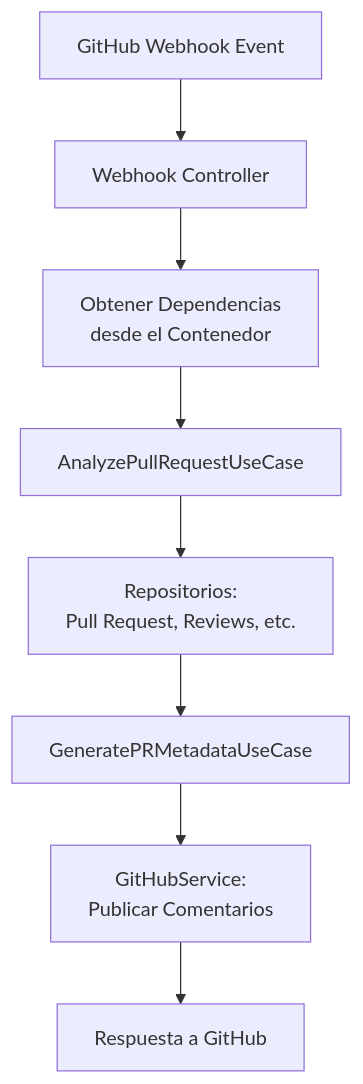
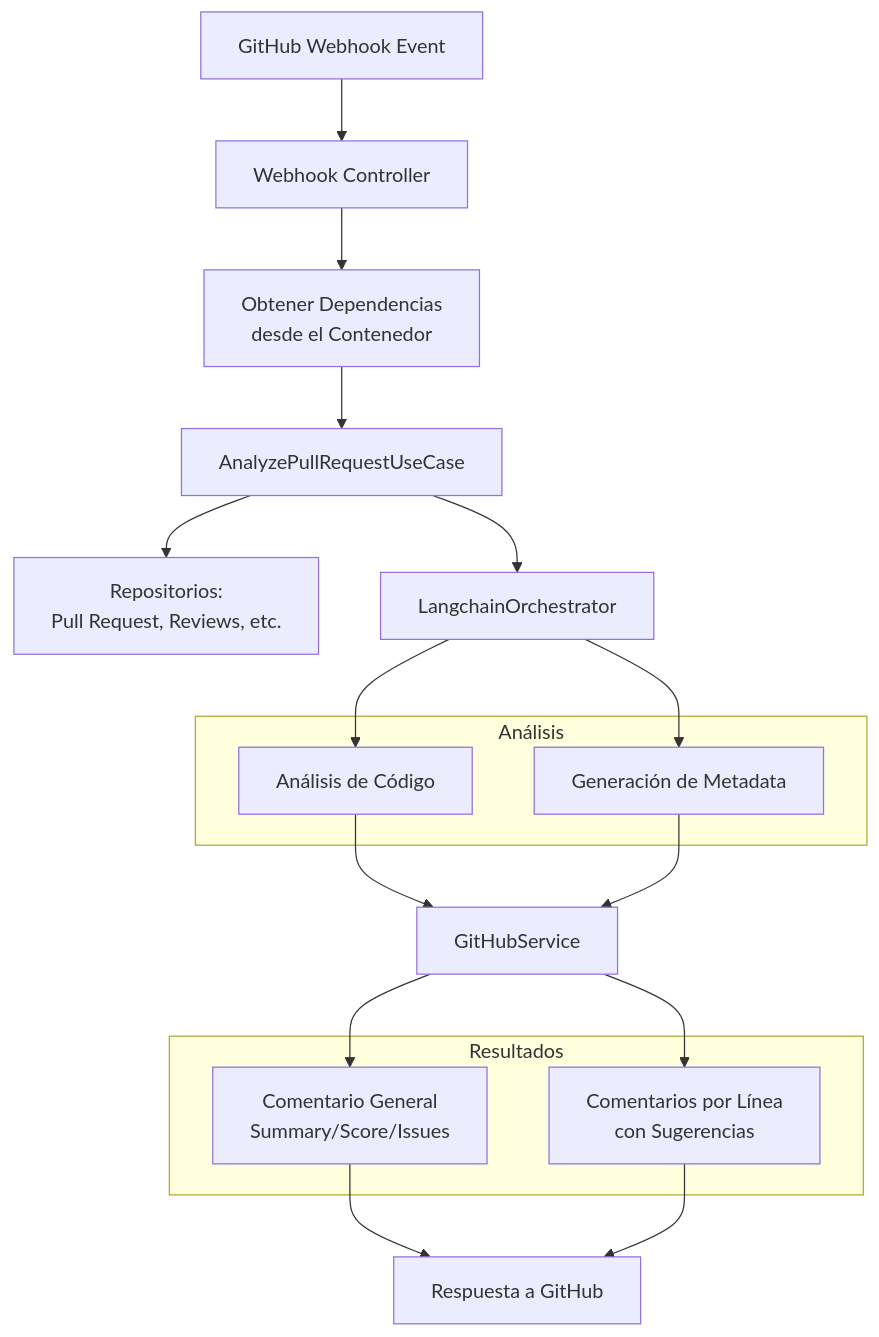
The diagram in diagrams/data_flow.mmd (dev-dvenegas/ai-code-review-bot-Private), drawn with Mermaid before and after one commit. The commit also changed 15 other files, not shown here.

First line of the commit message:
Refactor AI analysis and GitHub integration with enhanced code review capabilities

```diff
--- a/diagrams/data_flow.mmd
+++ b/diagrams/data_flow.mmd
@@ -1,17 +1,33 @@
 flowchart TD
     A[GitHub Webhook Event]
     B[Webhook Controller]
     C[Obtener Dependencias<br>desde el Contenedor]
     D[AnalyzePullRequestUseCase]
     E[Repositorios:<br>Pull Request, Reviews, etc.]
-    F[GeneratePRMetadataUseCase]
-    G[GitHubService:<br>Publicar Comentarios]
+    F[LangchainOrchestrator]
+    G[GitHubService]
     H[Respuesta a GitHub]
+    
+    subgraph Análisis
+        F1[Análisis de Código]
+        F2[Generación de Metadata]
+    end
+    
+    subgraph Resultados
+        G1[Comentario General<br>Summary/Score/Issues]
+        G2[Comentarios por Línea<br>con Sugerencias]
+    end
 
     A --> B
     B --> C
     C --> D
     D --> E
-    E --> F
-    F --> G
-    G --> H 
+    D --> F
+    F --> F1
+    F --> F2
+    F1 --> G
+    F2 --> G
+    G --> G1
+    G --> G2
+    G1 --> H
+    G2 --> H 
```
